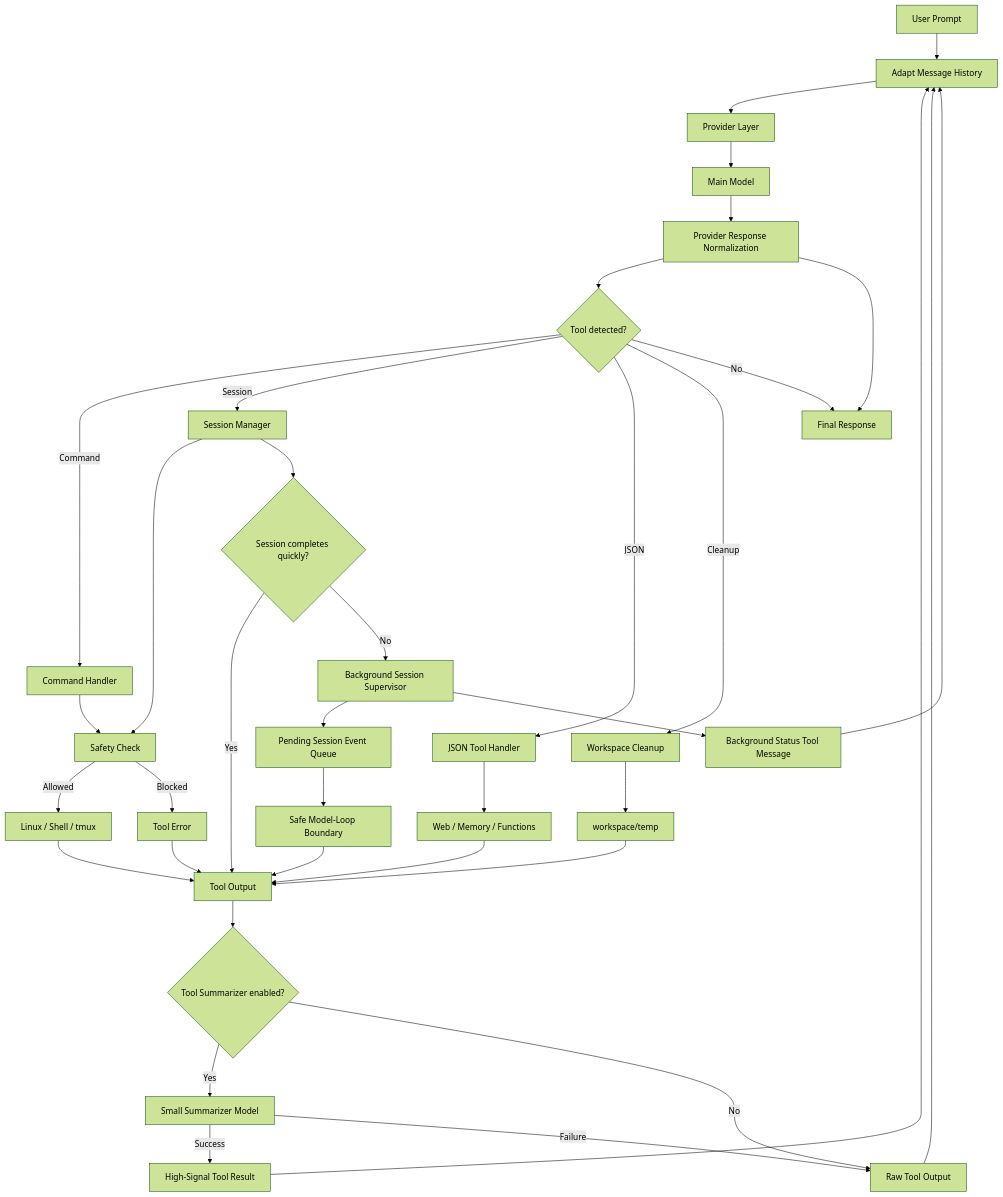
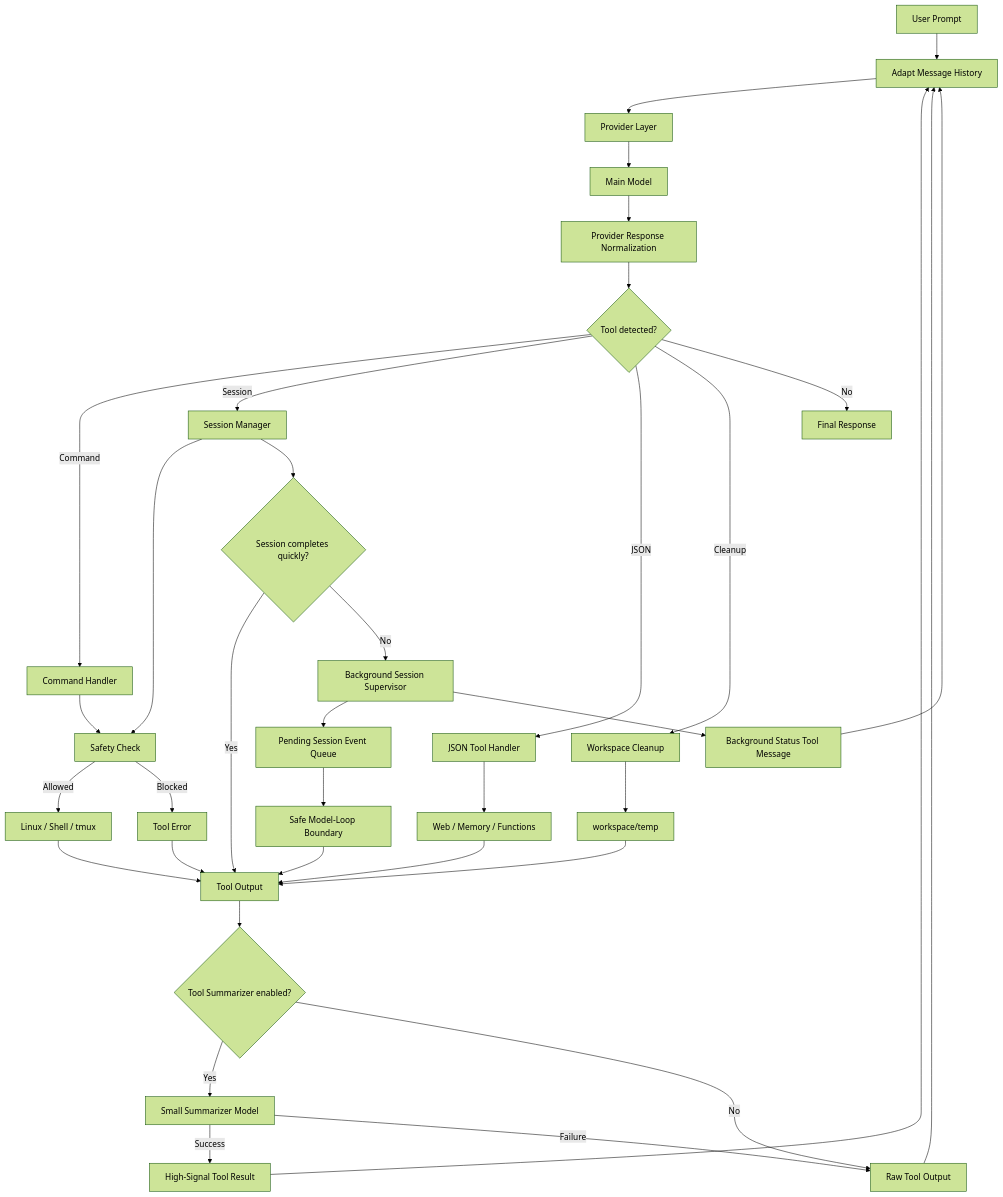
Before and after one commit to charlesericwilson-portfolio/Echo_Adapt_v5: the first of 8 diagrams in README.md, drawn with Mermaid (forest theme).

Commit message:
Update README to clarify persistent session commands
Clarified the behavior of persistent session commands in README.

````diff
--- a/README.md
+++ b/README.md
@@ -224,53 +224,51 @@
 ```mermaid
 flowchart TD
     A[User Prompt] --> B[Adapt Message History]
     B --> C[Provider Layer]
     C --> D[Main Model]
 
     D --> E[Provider Response Normalization]
     E --> F{Tool detected?}
 
     F -->|Command| G[Command Handler]
     F -->|Session| H[Session Manager]
     F -->|JSON| I[JSON Tool Handler]
     F -->|Cleanup| J[Workspace Cleanup]
     F -->|No| K[Final Response]
 
     G --> L[Safety Check]
     H --> L
 
     L -->|Allowed| M[Linux / Shell / tmux]
     L -->|Blocked| N[Tool Error]
 
     H --> O{Session completes quickly?}
     O -->|Yes| P[Tool Output]
     O -->|No| Q[Background Session Supervisor]
 
     Q --> R[Pending Session Event Queue]
     R --> S[Safe Model-Loop Boundary]
     S --> P
 
     I --> T[Web / Memory / Functions]
     J --> U[workspace/temp]
 
     M --> P
     T --> P
     U --> P
     N --> P
 
     P --> V{Tool Summarizer enabled?}
 
     V -->|Yes| W[Small Summarizer Model]
     V -->|No| X[Raw Tool Output]
 
     W -->|Success| Y[High-Signal Tool Result]
     W -->|Failure| X
 
     Y --> B
     X --> B
 
     Q --> Z[Background Status Tool Message]
     Z --> B
-
-    E --> K
 ```
````
